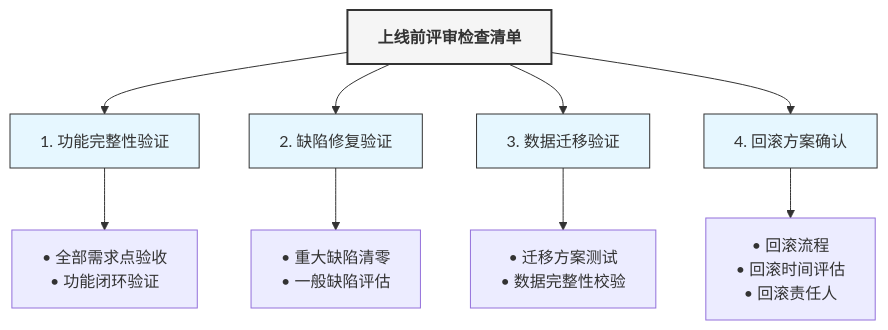
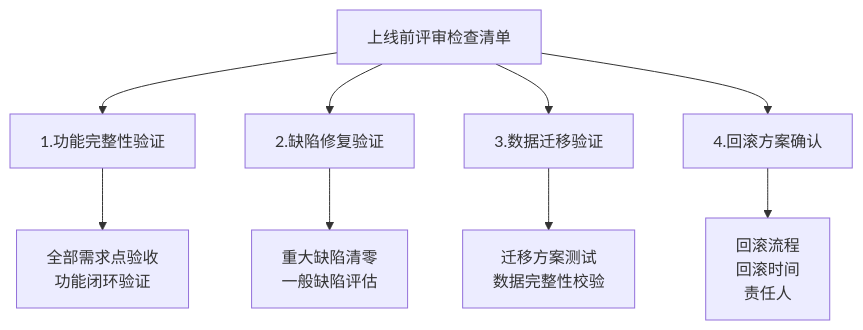
The sixth of 11 diagrams in 开发流程图.md (Taskon-xyz/PR), drawn with Mermaid before and after one commit. The commit also changed other lines of this file and 2 other files, not shown here.

````diff
--- a/开发流程图.md
+++ b/开发流程图.md
@@ -155,20 +97,12 @@
 ```mermaid
-graph TB
-    classDef mainNode fill:#f5f5f5,stroke:#333,stroke-width:2px,color:#333,font-weight:bold
-    classDef subNode fill:#e6f7ff,stroke:#333,stroke-width:1px
+graph TD
+    Launch_Check[上线前评审检查清单] --> F1[1.功能完整性验证]
+    Launch_Check --> F2[2.缺陷修复验证]
+    Launch_Check --> F3[3.数据迁移验证]
+    Launch_Check --> F4[4.回滚方案确认]
     
-    Launch_Check["上线前评审检查清单"]
-    
-    Launch_Check --> Completeness["1. 功能完整性验证"]
-    Launch_Check --> Bugs["2. 缺陷修复验证"]
-    Launch_Check --> Migration["3. 数据迁移验证"]
-    Launch_Check --> Rollback["4. 回滚方案确认"]
-    
-    Completeness --> Comp1["• 全部需求点验收<br>• 功能闭环验证"]
-    Bugs --> Bug1["• 重大缺陷清零<br>• 一般缺陷评估"]
-    Migration --> Migr1["• 迁移方案测试<br>• 数据完整性校验"]
-    Rollback --> Roll1["• 回滚流程<br>• 回滚时间评估<br>• 回滚责任人"]
-    
-    class Launch_Check mainNode
-    class Completeness,Bugs,Migration,Rollback subNode
+    F1 --> F1_1[全部需求点验收<br>功能闭环验证]
+    F2 --> F2_1[重大缺陷清零<br>一般缺陷评估]
+    F3 --> F3_1[迁移方案测试<br>数据完整性校验]
+    F4 --> F4_1[回滚流程<br>回滚时间<br>责任人]
 ```
````
